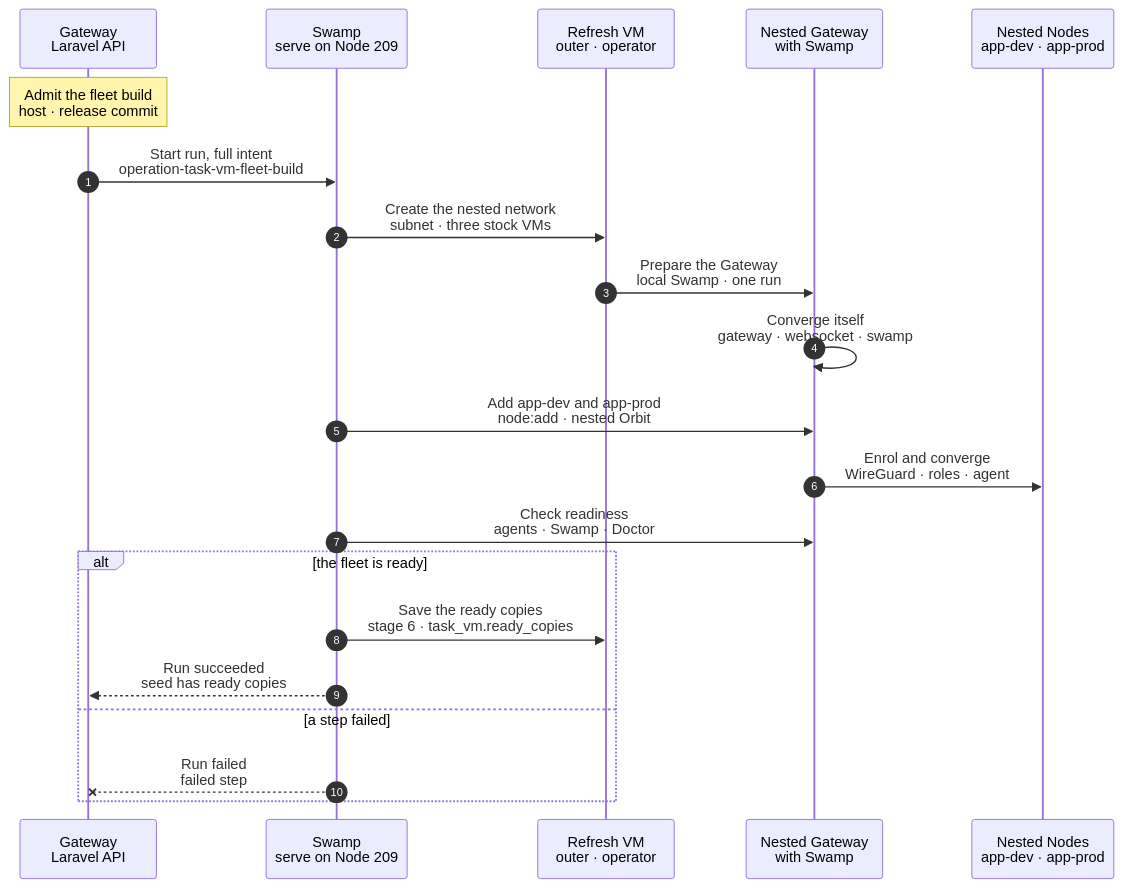
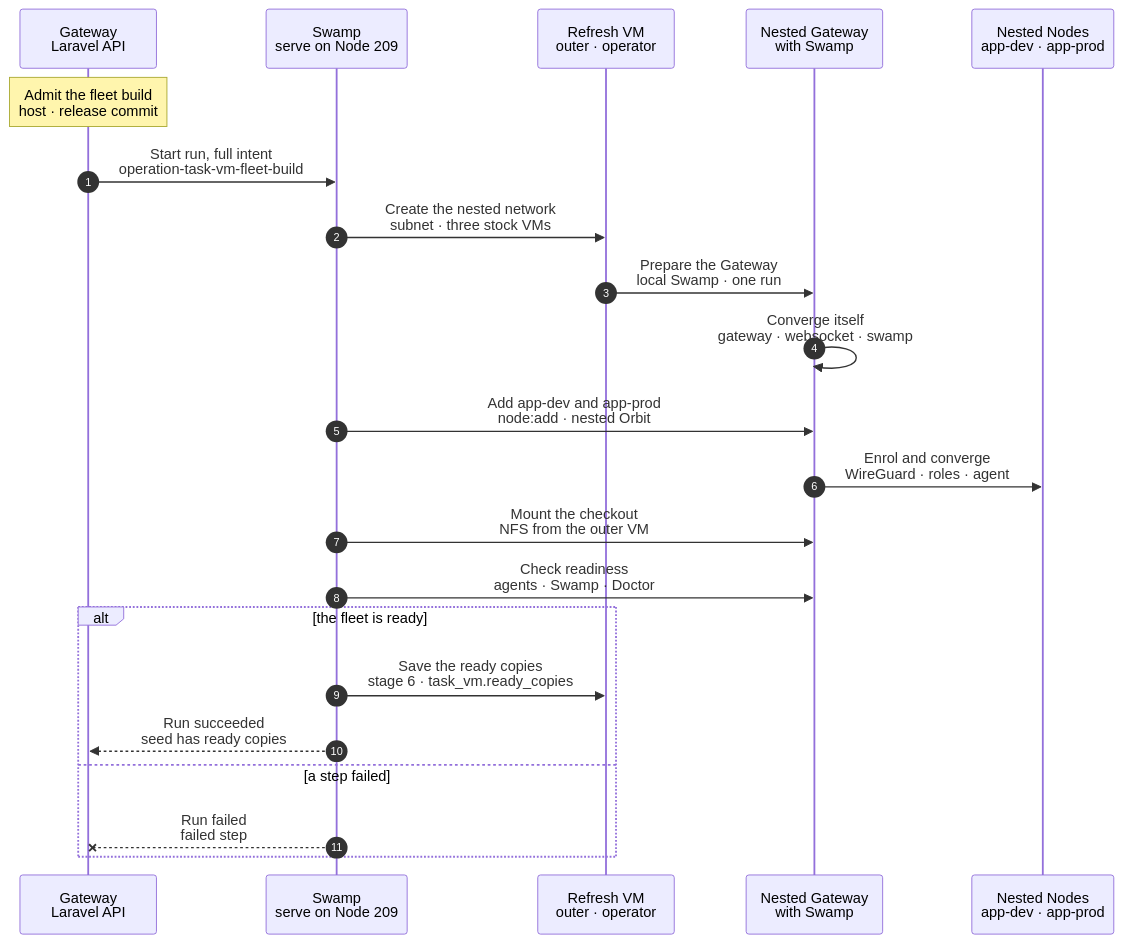
The diagram in docs/cli/tasks/vm-fleet-build.mmd (hardimpactdev/orbit), drawn with Mermaid before and after one commit. The commit also changed 4 other files, not shown here.

Commit message:
Fleet build: the guests take their checkout from the outer VM's NFS export before the copies are saved

```diff
--- a/docs/cli/tasks/vm-fleet-build.mmd
+++ b/docs/cli/tasks/vm-fleet-build.mmd
@@ -1,85 +1,92 @@
 sequenceDiagram
   %% Target design (proposed 2026-11-06): build the nested fleet of a task VM from stock Ubuntu with Orbit's own steps, when a host has no ready copies (new host, new image, or broken copies). The operator prepares the Gateway once with a local Swamp run (Swamp binary, Ansible venv, swamp/ folder, key); the Gateway then converges itself and runs orbit:bootstrap; app-dev and app-prod join through the nested Gateway's own node:add. Ends where stage 6 "Save the new images" starts.
   %% status: reviewed
   %% command: none · nested fleet build from scratch
   %% kind: task_vm.fleet_build
   autonumber
   %% lane GW icon=gateway pill=intent tone=blue
   %% lane SW icon=workflow pill=executes tone=green
   %% lane VM icon=server pill=operator tone=purple
   %% lane NG icon=gateway pill=nested tone=amber
   %% lane NN icon=server pill=nodes tone=gray
   participant GW as Gateway<br/>Laravel API
   participant SW as Swamp<br/>serve on Node 209
   participant VM as Refresh VM<br/>outer · operator
   participant NG as Nested Gateway<br/>with Swamp
   participant NN as Nested Nodes<br/>app-dev · app-prod
   Note over GW: Admit the fleet build<br/>host · release commit
   %%> When:
   %%> - a task VM host whose seed has no usable ready copies; part of stage 6 for a new host or a new image
   %%> Result:
   %%> - full intent recorded: the refresh VM, the nested subnet, the three Node names and addresses, the release commit
   GW->>SW: Start run, full intent<br/>operation-task-vm-fleet-build
   SW->>VM: Create the nested network<br/>subnet · three stock VMs
   %%> What it does:
   %%> - in the refresh VM: the nested Incus network from the intent's subnet, then three VMs from the stock Ubuntu image, each with cloud-init for the `orbit` account and the key that reaches it
   %%> - every action one `@swamp/ssh exec` argv on the refresh VM
   VM->>NG: Prepare the Gateway<br/>local Swamp · one run
   %%> What it does:
   %%> - the operator (here the refresh VM) runs the Gateway bootstrap workflow once with a local `swamp workflow run`; its steps request no worker, so the binary runs them itself
   %%> - over SSH it installs on the fresh machine the pinned Swamp binary, the swamp role's pinned Ansible venv, the release's `swamp/` folder and the Swamp key
   %%> - the same bootstrap a fresh Orbit install uses: the user's CLI keeps the Swamp binary in `~/.orbit` and removes it after the handover; no Ansible on the user's machine
   %%> - the release is a git checkout at the release commit: its `swamp/` folder is the Gateway's Swamp repository and holds the Ansible pins, and `apps/gateway` is its code
   %%> Decided by the orchestrator, for Nick's review (2026-11-06):
   %%> - the Swamp key is not in this run: the shape gate allows a vault read for a file only in a step placed on 209, and a local run has no placement; the refresh VM pushes its key file into the machine with `incus file push`, as stage 2 does, so the run holds no secret
   %%> - the Gateway cannot plan any role before its own app runs, and the app needs PHP, Composer and a database; the `gateway` role installs no PHP, so "converge itself, then `orbit:bootstrap`" cannot be the order
   %%> - so the same local run also applies the Ansible `prerequisites` phase of the role playbook with Ansible's local connection; the operator renders its intent from the recipe alone with `php artisan` (no database), so the machine gets its pinned PHP, Caddy and WireGuard packages
   NG->>NG: Converge itself<br/>gateway · websocket · swamp
   %%> What it does:
   %%> - on the machine, in this order: Composer install, the Gateway `.env` and application key, migrations, then `orbit:bootstrap`: its CA, SSH key and WireGuard hub; the Gateway records itself and the operator
   %%> - then the Gateway's own `node:role:add --converge` for gateway, websocket and swamp: its own API admits them and its own Swamp runs the normal role phases with Ansible's local connection, starting its Swamp serve and worker
   %%> Decided by the orchestrator, for Nick's review (2026-11-06), built and proven live in #2798, #2813, #2792, #2819, #2822 and #2828:
   %%> - `orbit:bootstrap` is the Gateway's own code and runs no agent command: the Node and role records, the VPN settings, the root CA, the SSH key and the host key of the machine; it writes nothing under `/etc` and starts no service
   %%> - the WireGuard hub waits for Swamp, because its private key is made on the Node; the VPN role stays `provisioning` until then
   %%> - the Swamp Node is the Node that holds the `swamp` role, found by role and not by an id (`SwampNode`), so the nested Gateway needs no special id; recording the host key raises no model event, because it would start a Swamp run before Swamp exists
   %%> - the nested bridge comes from the task VM role phases: Incus is initialised with a pool and the bridge, and the VM firewall opens DHCP, DNS and routing for it
   %%> Decided by the orchestrator, for Nick's review (2026-11-06), the Swamp control plane of a fresh Gateway:
   %%> - the same local run applies the `swamp` role's own Ansible phase with a local connection, as it did `prerequisites`: it renders the serve and worker units for the machine's checkout path, mints the serve, worker and driver tokens on the machine with the Swamp CLI, creates the control vault and its key there, writes the Gateway's grants and starts the serve and worker
   %%> - the tokens never leave the machine, as for any fresh Orbit install that owns its own Swamp credentials
   %%> - after that, `node:role:add` goes through the machine's own Swamp for everything else: gateway, websocket and the `swamp.orbit` route
   %%> - the swamp role's own runtime steps are native workflow steps bound to worker labels, not an Ansible phase, and a local run refuses a step that asks for a worker; so the bootstrap has its own Ansible `swamp` phase (`gateway-bootstrap.yml --tags swamp`) with the same units and the same tokens, and a Caddy front for `swamp.orbit` on port 443 signed by the Gateway's CA, because the Gateway starts runs over TLS to that name
   %%> - from here on its own Swamp does everything
   %%> Decided by the orchestrator, for Nick's review (2026-11-06), the first role run of a fresh Gateway:
   %%> - the control plane phase issues the Gateway's own certificate for `gateway.orbit` from the machine's CA, as for `swamp.orbit`, and installs it with the root certificate at the paths the rendered Caddyfile names (`/etc/caddy/orbit-cert-current`); the first role run publishes that Caddyfile and needs them
   %%> - `orbit:gateway-web` is retired with its action: it only refused, and the role now does what it did
   %%> - the `swamp.orbit` Route is recorded in the same bootstrap, before the first Caddyfile publish, so a publication never drops the front the Gateway reaches Swamp through
   %%> - the rest of the Gateway role comes from the `gateway` role converge itself: the PHP-FPM pool and the Caddy site (its API), and units for the scheduler and Horizon, which record finished runs; a Gateway whose Node has a `schedule-work` or `horizon` Process keeps those, and Horizon runs only where a queue is configured
   %%> - the queue is a Valkey server on the machine and its Redis Database connection `gateway-queue`, recorded by the bootstrap with the other records, because Operations need a queue to record a finished run
   %%> Decided by the orchestrator, for Nick's review (2026-11-06), the Gateway's own Node before the others join:
   %%> - the Gateway Node is a Node like the others: the control plane phase makes its agent key and records only the verifier, and the first step of the nested Gateway is `node:converge` of its own Node, which installs its agent and CLI and publishes private DNS
   %%> - the `vpn` role is active when the hub runs, and the `swamp` role is active when serve and both workers run; neither needs a run of its own
   %%> - the machine trusts the Orbit root certificate, and the `caddy` user joins the account's group, because services on it call `gateway.orbit` over TLS and Caddy reads the checkout
   %%> - the `websocket` role is added to the Gateway Node before app-dev and app-prod: the agents report through it
   SW->>NG: Add app-dev and app-prod<br/>node:add · nested Orbit
   %%> What it does:
   %%> - the nested Gateway's own `node:add` with the roles `app-dev` and `app-prod`; its own Swamp converges them over SSH
   %%> - so a fleet build also proves node:add and the role phases on fresh machines
   NG->>NN: Enrol and converge<br/>WireGuard · roles · agent
+  SW->>NG: Mount the checkout<br/>NFS from the outer VM
+  %%> What it does:
+  %%> - the Gateway and app-dev guests stop the Gateway services, move `.env`, `storage` and `bootstrap/cache` (and the Swamp repository's own state) to `/var/lib/orbit-checkout-state` on their own disk, and drop the checkout they built
+  %%> - the stock systemd units of stage 2 then mount the outer VM's export at `/home/orbit/orbit` and the state over it, and the services start again, now on the shared checkout
+  %%> - the export, its firewall rule and the nested network come from the task VM role phases of the outer VM (`task-vms:converge`); the build adds no mechanism
+  %%> Why:
+  %%> - the ready copies keep no checkout: every task VM mounts its own over NFS, so a fleet that is saved must already run that way
   SW->>NG: Check readiness<br/>agents · Swamp · Doctor
   %%> What it does:
   %%> - the same check as stage 2: every agent online, the Swamp worker enrolled, Doctor has no finding
   %%> Decided by the orchestrator, for Nick's review (2026-11-06), the kind `task_vm.fleet_build`:
   %%> - the kind targets a ready task VM, as `task_vm.ready_copies` does, and ends at the Doctor check of the nested Gateway; the save of the ready copies follows as its own kind
   %%> - the nested VMs have fixed addresses and MACs in the Gateway's intent, because the ready copies store them and the records of the nested Gateway name them
   %%> - each Operation of the nested Gateway is admitted with an artisan command (`orbit:role-add`, `orbit:node-converge`, `orbit:node-add`), and a step waits for its end at a fixed 5-second interval inside a literal timeout; the nested Gateway has no CLI to follow it
-  %%> - the fleet keeps its checkout on its own disk, while the format-2 ready copies keep it on the NFS mount of the task VM and their state under `/var/lib/orbit-checkout-state`; moving the checkout out of the guests before the save is open
+  %%> - the guests take their checkout from the outer VM's NFS export, as in stage 2, before the copies are saved: the build uses the same stock mount units as the copies, so the save finds them in place
   alt the fleet is ready
     SW->>VM: Save the ready copies<br/>stage 6 · task_vm.ready_copies
     %%> What it does:
     %%> - the existing step: key-free, self-contained copies with the network stored, operator key removed
     SW-->>GW: Run succeeded<br/>seed has ready copies
   else a step failed
     SW--xGW: Run failed<br/>failed step
     %%> Result:
     %%> - the refresh VM and its nested VMs are destroyed; the host keeps the seed it had
   end
```
